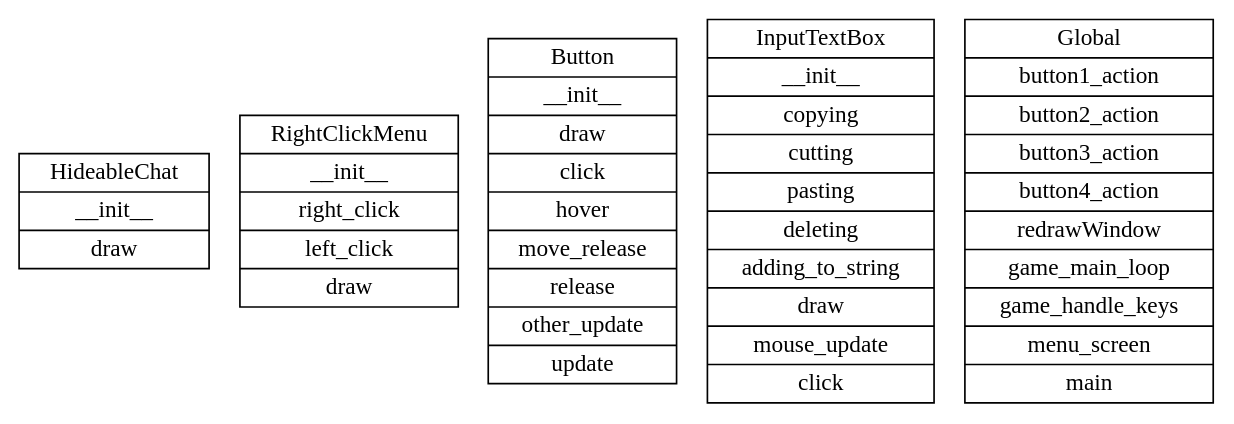
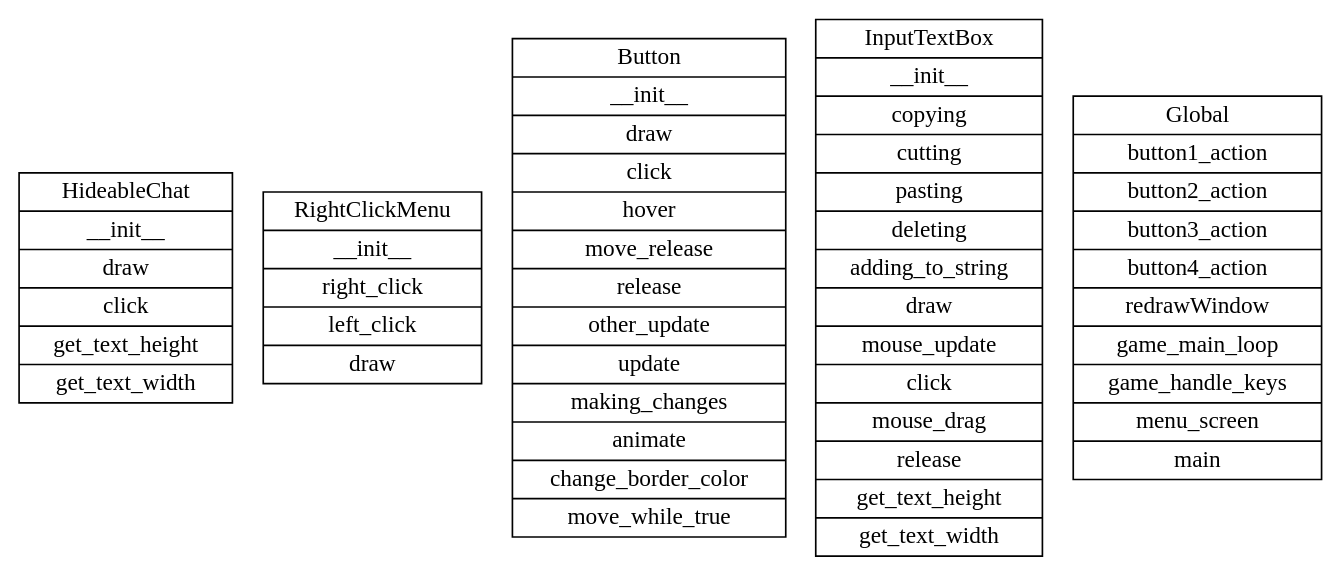
Before and after one commit to MrAtaraxia/LoveLetter: the diagram in basic-docs/clientP9.py.gv, drawn with Graphviz. The commit also changed 2 other files, not shown here.

```diff
--- a/basic-docs/clientP9.py.gv
+++ b/basic-docs/clientP9.py.gv
@@ -1,11 +1,11 @@
 digraph structs {
 	node [shape=record]
 	node [shape=record]
 	subgraph sub1 {
-		struct0 [label="{HideableChat|__init__|draw}"]
+		struct0 [label="{HideableChat|__init__|draw|click|get_text_height|get_text_width}"]
 		struct1 [label="{RightClickMenu|__init__|right_click|left_click|draw}"]
-		struct2 [label="{Button|__init__|draw|click|hover|move_release|release|other_update|update}"]
-		struct3 [label="{InputTextBox|__init__|copying|cutting|pasting|deleting|adding_to_string|draw|mouse_update|click}"]
+		struct2 [label="{Button|__init__|draw|click|hover|move_release|release|other_update|update|making_changes|animate|change_border_color|move_while_true}"]
+		struct3 [label="{InputTextBox|__init__|copying|cutting|pasting|deleting|adding_to_string|draw|mouse_update|click|mouse_drag|release|get_text_height|get_text_width}"]
 		struct4 [label="{Global|button1_action|button2_action|button3_action|button4_action|redrawWindow|game_main_loop|game_handle_keys|menu_screen|main}"]
 	}
 }
```
